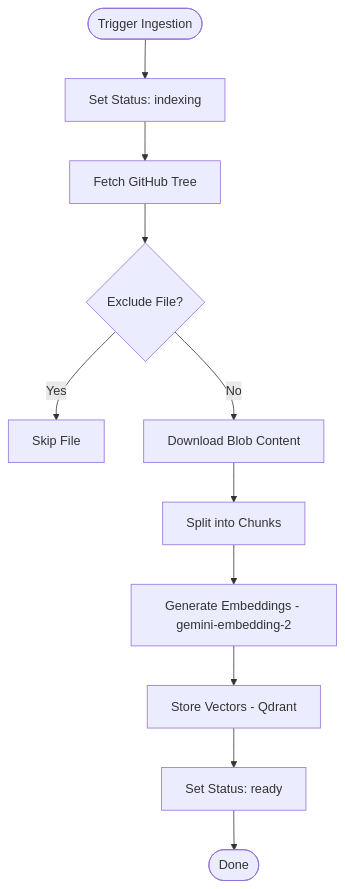
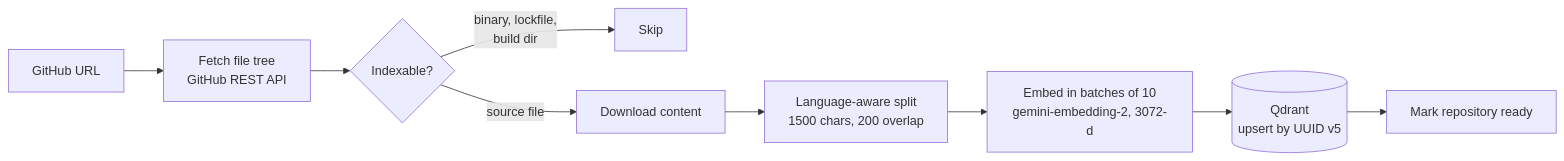
The first of 4 diagrams in README.md (rajdeep-2004/strata), drawn with Mermaid before and after one commit. The commit also changed other lines of this file, not shown here.

````diff
--- a/README.md
+++ b/README.md
@@ -131,13 +65,11 @@
 ```mermaid
-flowchart TD
-    Start([Trigger Ingestion]) --> DBIndexing[Set Status: indexing]
-    DBIndexing --> FetchTree[Fetch GitHub Tree]
-    FetchTree --> ExcludeFiles{Exclude File?}
-    ExcludeFiles -->|Yes| Skip[Skip File]
-    ExcludeFiles -->|No| Download[Download Blob Content]
-    Download --> Split[Split into Chunks]
-    Split --> Embed[Generate Embeddings - gemini-embedding-2]
-    Embed --> Store[Store Vectors - Qdrant]
-    Store --> DBReady[Set Status: ready]
-    DBReady --> End([Done])
+flowchart LR
+    A[GitHub URL] --> B[Fetch file tree<br/>GitHub REST API]
+    B --> C{Indexable?}
+    C -- binary, lockfile,<br/>build dir --> X[Skip]
+    C -- source file --> D[Download content]
+    D --> E[Language-aware split<br/>1500 chars, 200 overlap]
+    E --> F[Embed in batches of 10<br/>gemini-embedding-2, 3072-d]
+    F --> G[(Qdrant<br/>upsert by UUID v5)]
+    G --> H[Mark repository ready]
 ```
````
